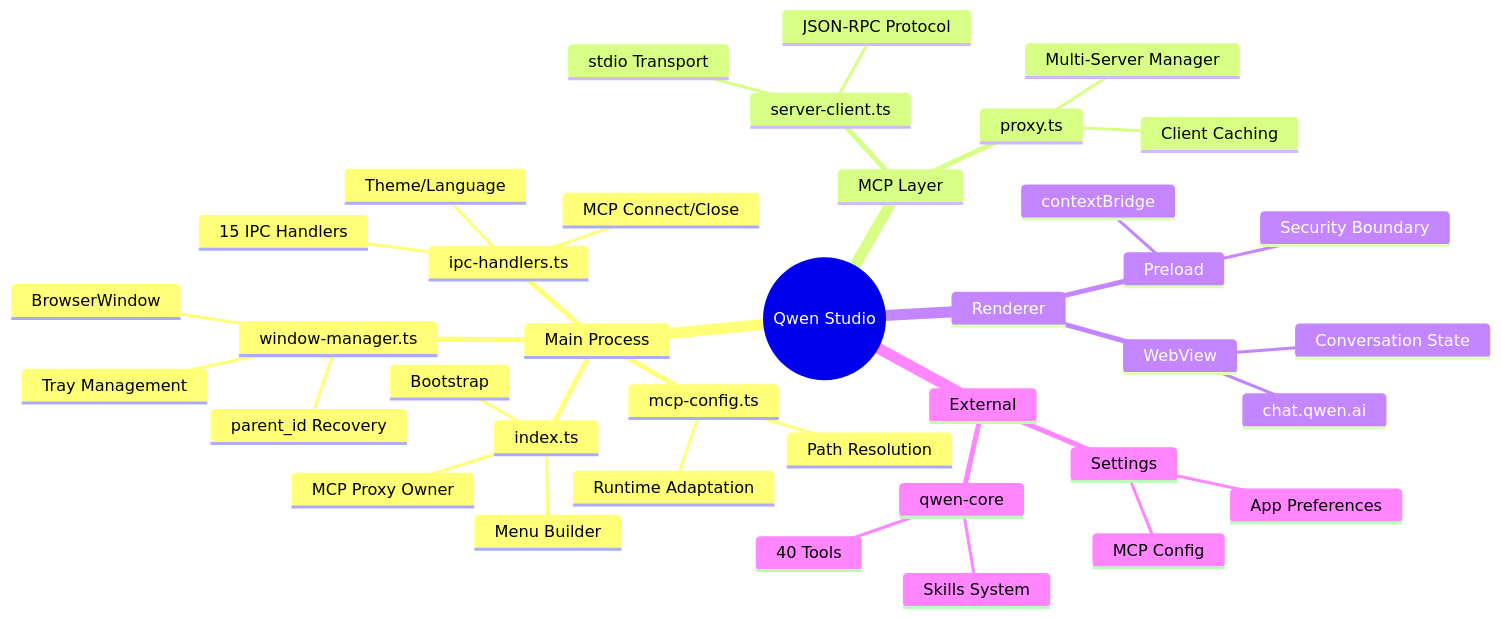
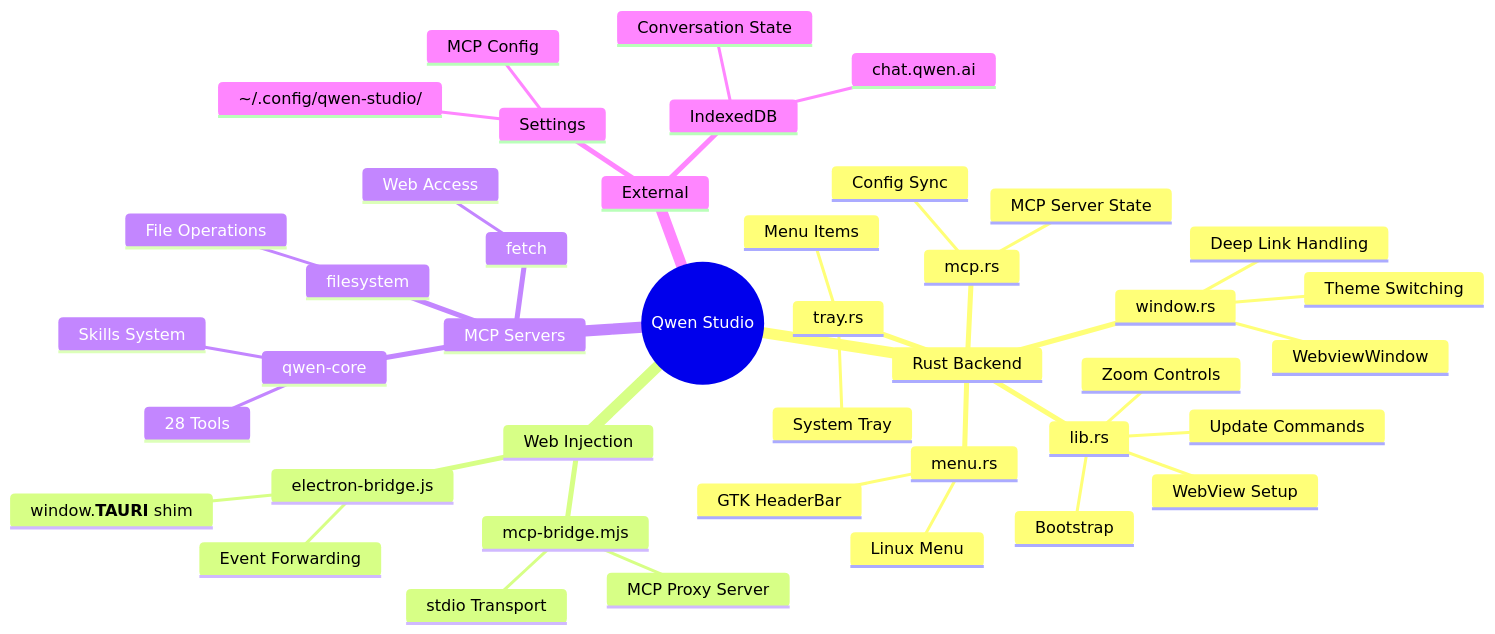
Before and after one commit to LeanBitLab/qwenLean: the third of 9 diagrams in docs/ARCHITECTURE.md, drawn with Mermaid. The commit also changed other lines of this file and 11 other files, not shown here.

````diff
--- a/docs/ARCHITECTURE.md
+++ b/docs/ARCHITECTURE.md
@@ -98,51 +112,57 @@
 ```mermaid
 mindmap
   root((Qwen Studio))
-    Main Process
-      index.ts
+    Rust Backend
+      lib.rs
         ::icon(fa fa-flag)
         Bootstrap
-        MCP Proxy Owner
-        Menu Builder
-      window-manager.ts
+        WebView Setup
+        Update Commands
+        Zoom Controls
+      window.rs
         ::icon(fa fa-window)
-        BrowserWindow
-        parent_id Recovery
-        Tray Management
-      ipc-handlers.ts
+        WebviewWindow
+        Deep Link Handling
+        Theme Switching
+      mcp.rs
+        ::icon(fa fa-cog)
+        MCP Server State
+        Config Sync
+      tray.rs
+        ::icon(fa fa-tray)
+        System Tray
+        Menu Items
+      menu.rs
+        ::icon(fa fa-bars)
+        GTK HeaderBar
+        Linux Menu
+    Web Injection
+      electron-bridge.js
         ::icon(fa fa-bridge)
-        15 IPC Handlers
-        MCP Connect/Close
-        Theme/Language
-      mcp-config.ts
-        ::icon(fa fa-cog)
-        Path Resolution
-        Runtime Adaptation
-    MCP Layer
-      proxy.ts
+        window.__TAURI__ shim
+        Event Forwarding
+      mcp-bridge.mjs
         ::icon(fa fa-exchange)
-        Multi-Server Manager
-        Client Caching
-      server-client.ts
-        ::icon(fa fa-plug)
+        MCP Proxy Server
         stdio Transport
-        JSON-RPC Protocol
-    Renderer
-      WebView
-        ::icon(fa fa-globe)
-        chat.qwen.ai
-        Conversation State
-      Preload
-        ::icon(fa fa-shield)
-        contextBridge
-        Security Boundary
-    External
+    MCP Servers
       qwen-core
         ::icon(fa fa-robot)
-        40 Tools
+        28 Tools
         Skills System
+      fetch
+        ::icon(fa fa-globe)
+        Web Access
+      filesystem
+        ::icon(fa fa-file)
+        File Operations
+    External
       Settings
         ::icon(fa fa-file)
+        ~/.config/qwen-studio/
         MCP Config
-        App Preferences
+      IndexedDB
+        ::icon(fa fa-database)
+        Conversation State
+        chat.qwen.ai
 ```
````
